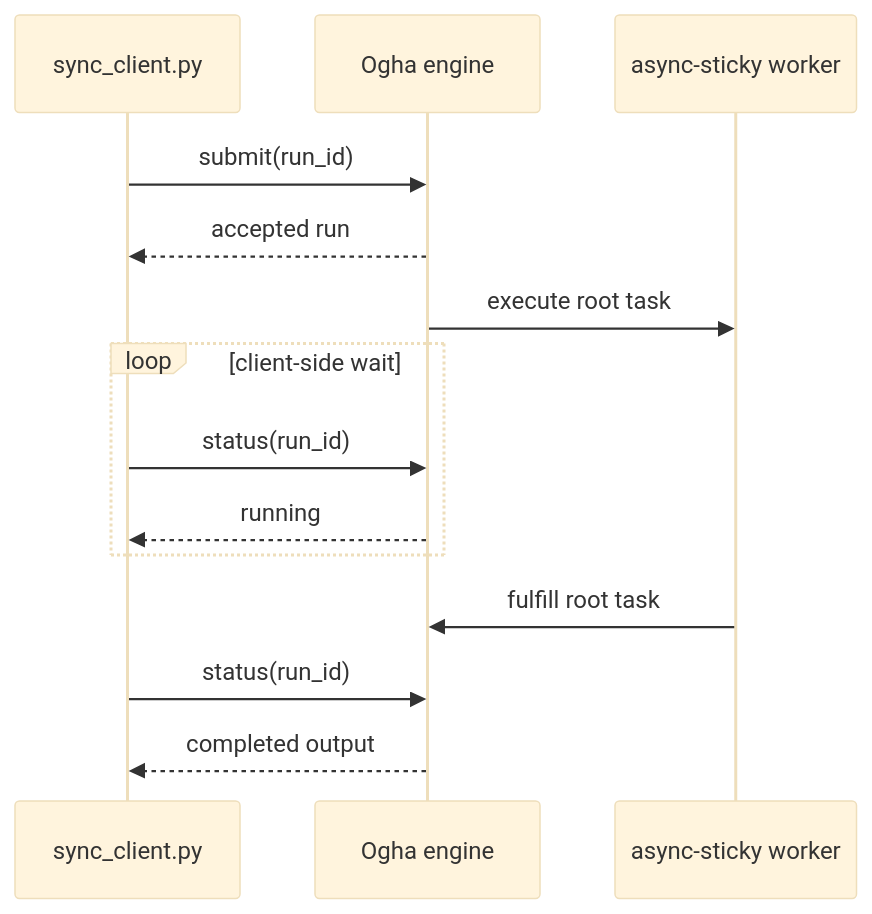
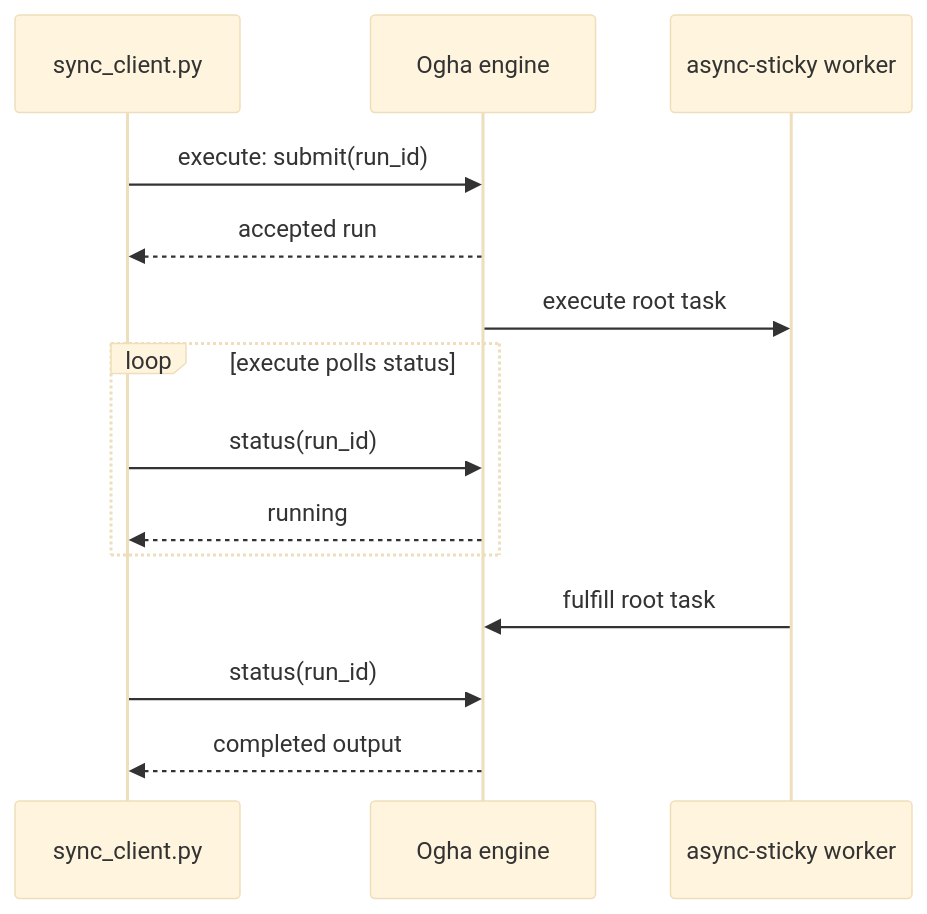
Before and after one commit to vedhlabs/sdk-examples: the second of 2 diagrams in docs/quickstart.md, drawn with Mermaid (base theme). The commit also changed other lines of this file and 7 other files, not shown here.

````diff
--- a/docs/quickstart.md
+++ b/docs/quickstart.md
@@ -62,16 +76,16 @@
 ```mermaid
 sequenceDiagram
     participant C as sync_client.py
     participant E as Ogha engine
     participant W as async-sticky worker
-    C->>E: submit(run_id)
+    C->>E: execute: submit(run_id)
     E-->>C: accepted run
     E->>W: execute root task
-    loop client-side wait
+    loop execute polls status
         C->>E: status(run_id)
         E-->>C: running
     end
     W->>E: fulfill root task
     C->>E: status(run_id)
     E-->>C: completed output
 ```
````
